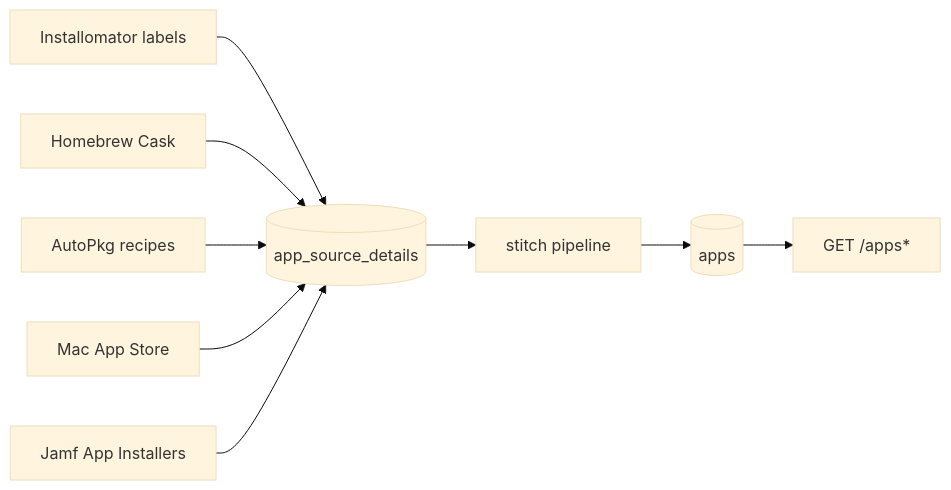
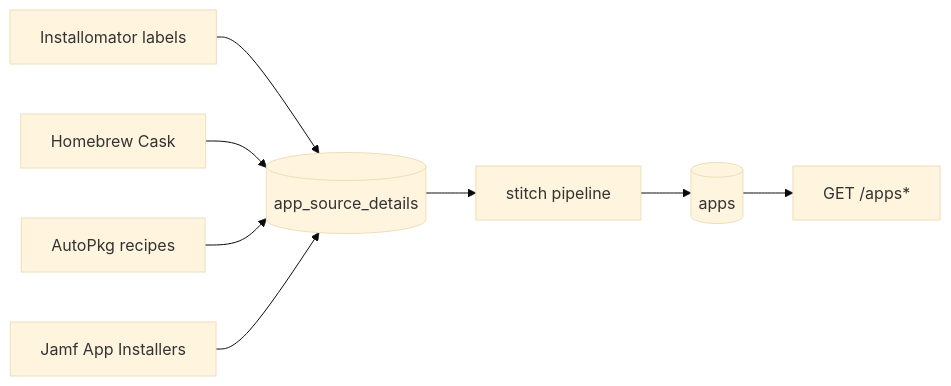
The diagram in docs/project/architecture/stitch.md (liquidz00/Patcher), drawn with Mermaid (base theme) before and after one commit. The commit also changed other lines of this file and 31 other files, not shown here.

````diff
--- a/docs/project/architecture/stitch.md
+++ b/docs/project/architecture/stitch.md
@@ -38,11 +38,10 @@
 ```{mermaid}
 flowchart LR
     INST[Installomator labels] --> SD[(app_source_details)]
     CASK[Homebrew Cask] --> SD
     AP[AutoPkg recipes] --> SD
-    MAS[Mac App Store] --> SD
     JAI[Jamf App Installers] --> SD
     SD --> STITCH[stitch pipeline]
     STITCH --> APPS[(apps)]
     APPS --> API[GET /apps*]
 ```
````
